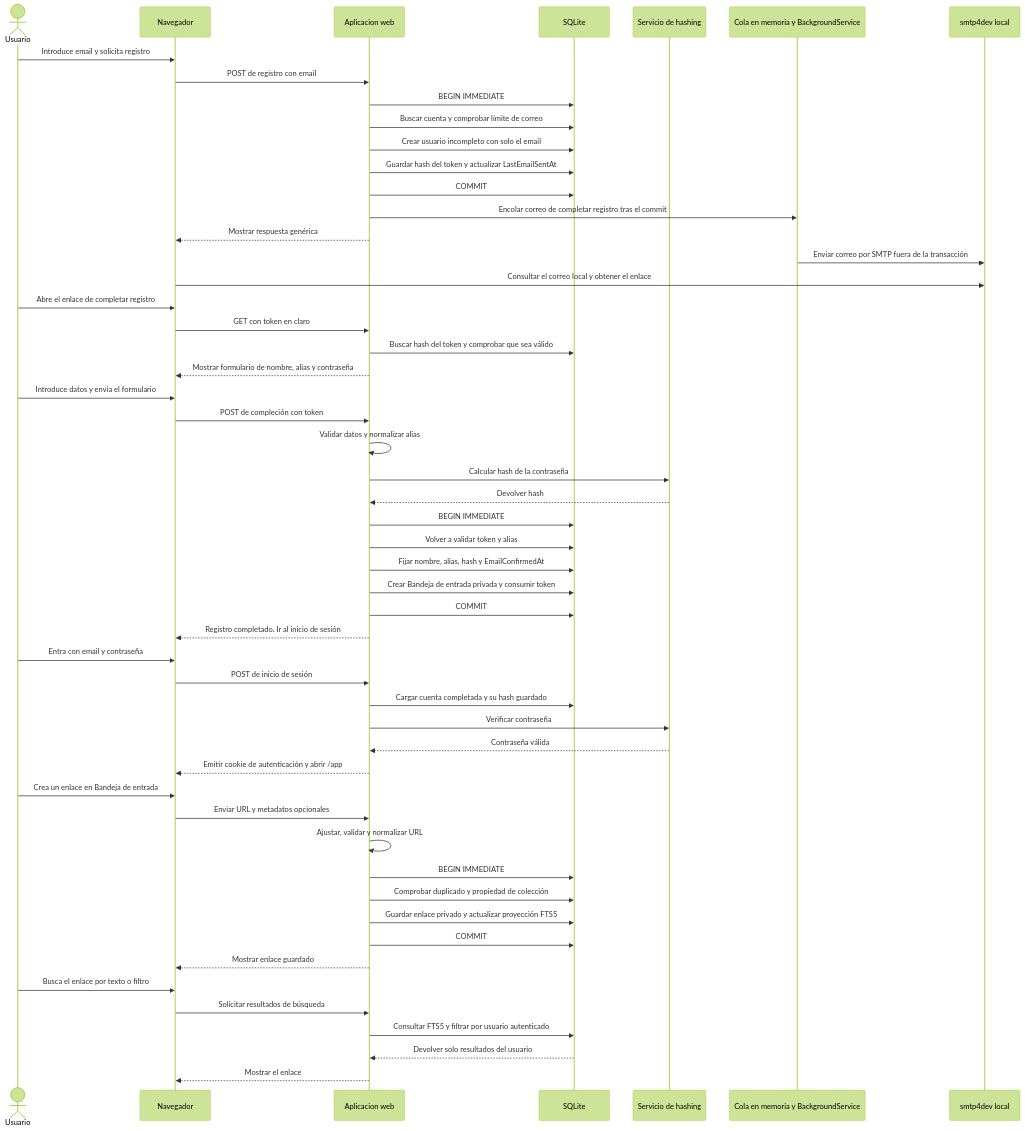
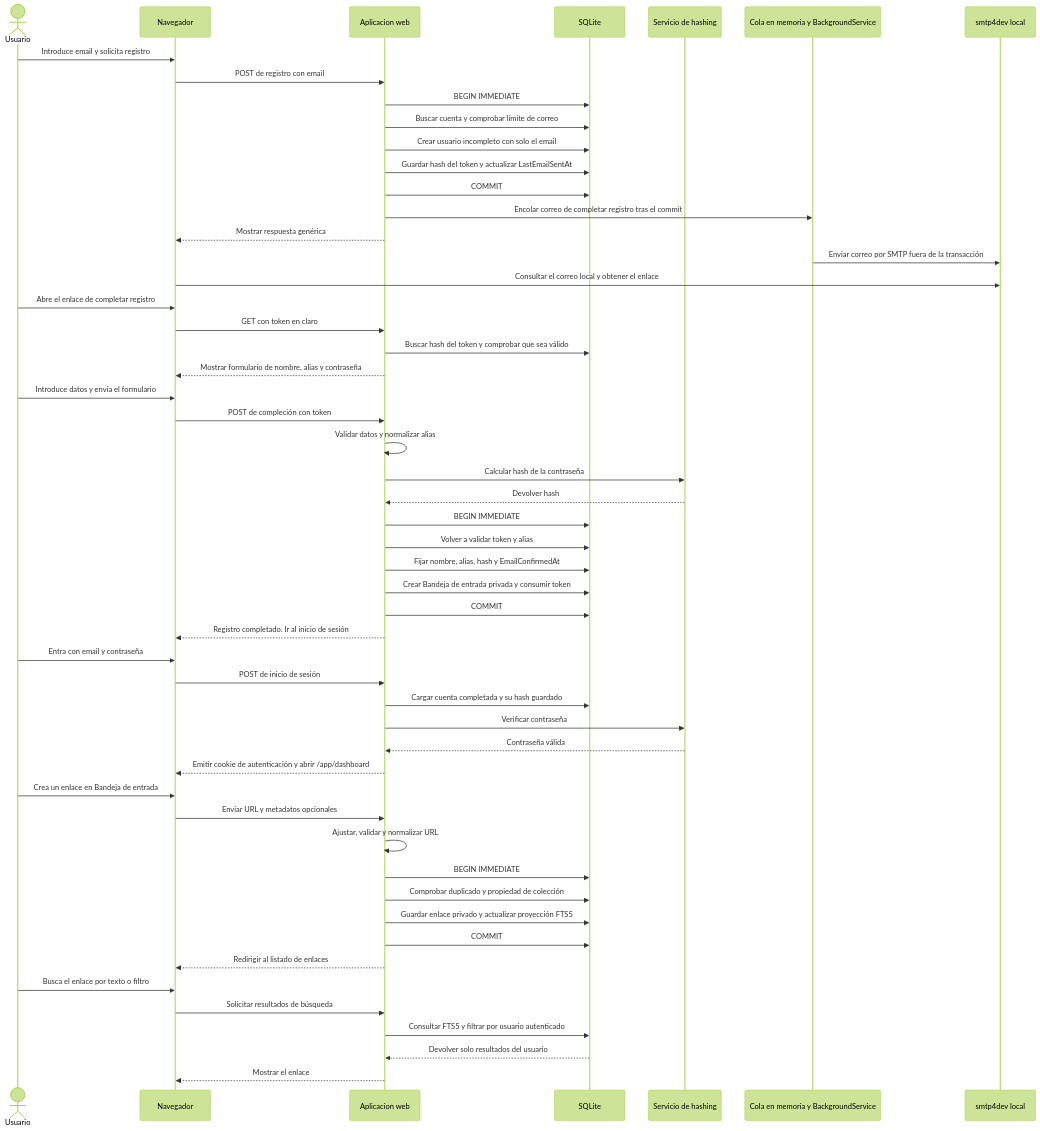
The diagram in context/diagrams/account-onboarding-sequence.md (DaveSoftDev/Linkubator), drawn with Mermaid (forest theme) before and after one commit. The commit also changed other lines of this file and 22 other files, not shown here.

````diff
--- a/context/diagrams/account-onboarding-sequence.md
+++ b/context/diagrams/account-onboarding-sequence.md
@@ -5,60 +5,60 @@
 ```mermaid
 sequenceDiagram
     actor User as Usuario
     participant Browser as Navegador
     participant App as Aplicacion web
     participant DB as SQLite
     participant Hasher as Servicio de hashing
     participant MailQueue as Cola en memoria y BackgroundService
     participant SMTP as smtp4dev local
 
     User->>Browser: Introduce email y solicita registro
     Browser->>App: POST de registro con email
     App->>DB: BEGIN IMMEDIATE
     App->>DB: Buscar cuenta y comprobar límite de correo
     App->>DB: Crear usuario incompleto con solo el email
     App->>DB: Guardar hash del token y actualizar LastEmailSentAt
     App->>DB: COMMIT
     App->>MailQueue: Encolar correo de completar registro tras el commit
     App-->>Browser: Mostrar respuesta genérica
 
     MailQueue->>SMTP: Enviar correo por SMTP fuera de la transacción
     Browser->>SMTP: Consultar el correo local y obtener el enlace
     User->>Browser: Abre el enlace de completar registro
     Browser->>App: GET con token en claro
     App->>DB: Buscar hash del token y comprobar que sea válido
     App-->>Browser: Mostrar formulario de nombre, alias y contraseña
     User->>Browser: Introduce datos y envía el formulario
     Browser->>App: POST de compleción con token
     App->>App: Validar datos y normalizar alias
     App->>Hasher: Calcular hash de la contraseña
     Hasher-->>App: Devolver hash
     App->>DB: BEGIN IMMEDIATE
     App->>DB: Volver a validar token y alias
     App->>DB: Fijar nombre, alias, hash y EmailConfirmedAt
     App->>DB: Crear Bandeja de entrada privada y consumir token
     App->>DB: COMMIT
     App-->>Browser: Registro completado. Ir al inicio de sesión
 
     User->>Browser: Entra con email y contraseña
     Browser->>App: POST de inicio de sesión
     App->>DB: Cargar cuenta completada y su hash guardado
     App->>Hasher: Verificar contraseña
     Hasher-->>App: Contraseña válida
-    App-->>Browser: Emitir cookie de autenticación y abrir /app
+    App-->>Browser: Emitir cookie de autenticación y abrir /app/dashboard
 
     User->>Browser: Crea un enlace en Bandeja de entrada
     Browser->>App: Enviar URL y metadatos opcionales
     App->>App: Ajustar, validar y normalizar URL
     App->>DB: BEGIN IMMEDIATE
     App->>DB: Comprobar duplicado y propiedad de colección
     App->>DB: Guardar enlace privado y actualizar proyección FTS5
     App->>DB: COMMIT
-    App-->>Browser: Mostrar enlace guardado
+    App-->>Browser: Redirigir al listado de enlaces
 
     User->>Browser: Busca el enlace por texto o filtro
     Browser->>App: Solicitar resultados de búsqueda
     App->>DB: Consultar FTS5 y filtrar por usuario autenticado
     DB-->>App: Devolver solo resultados del usuario
     App-->>Browser: Mostrar el enlace
 ```
````
